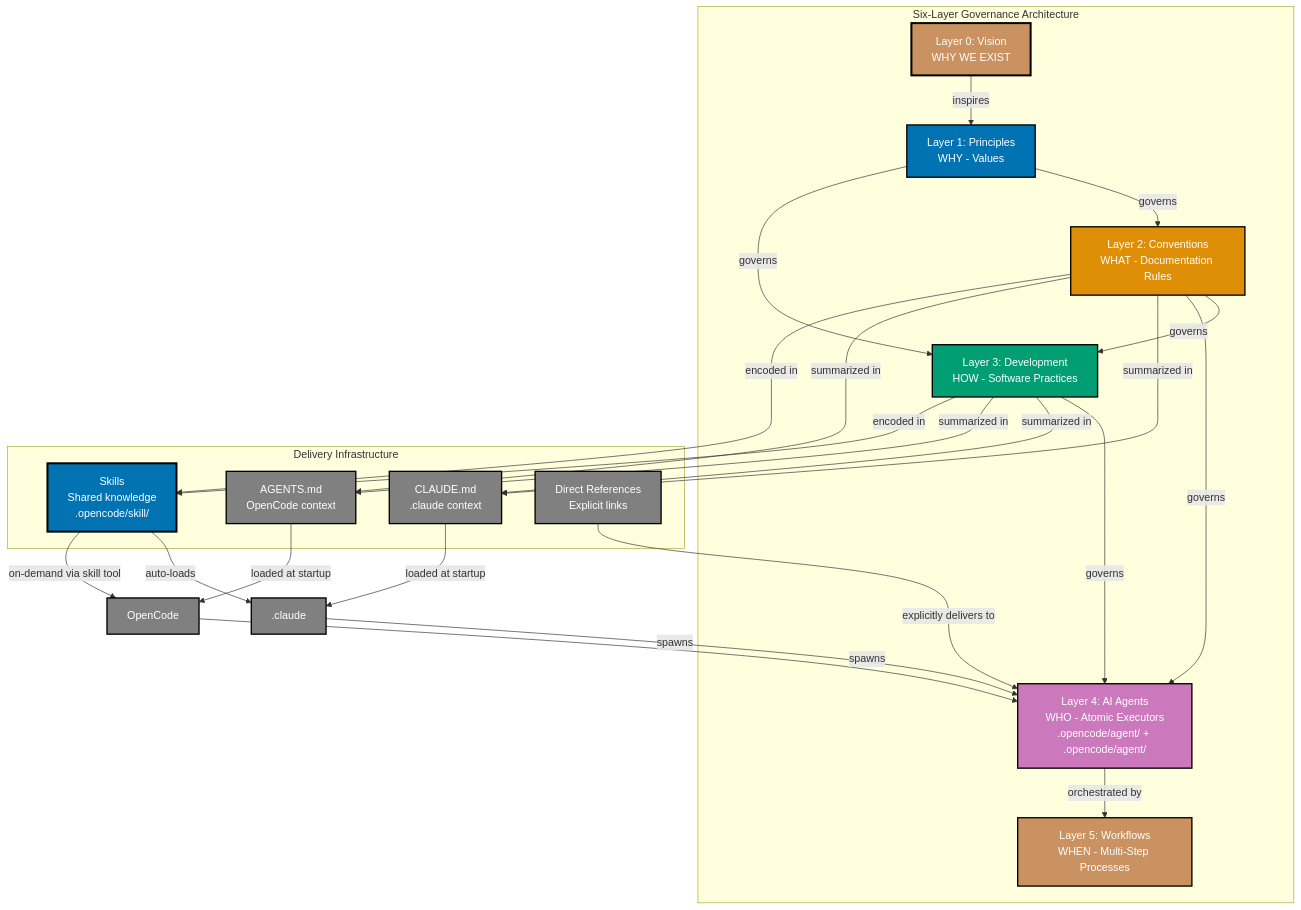
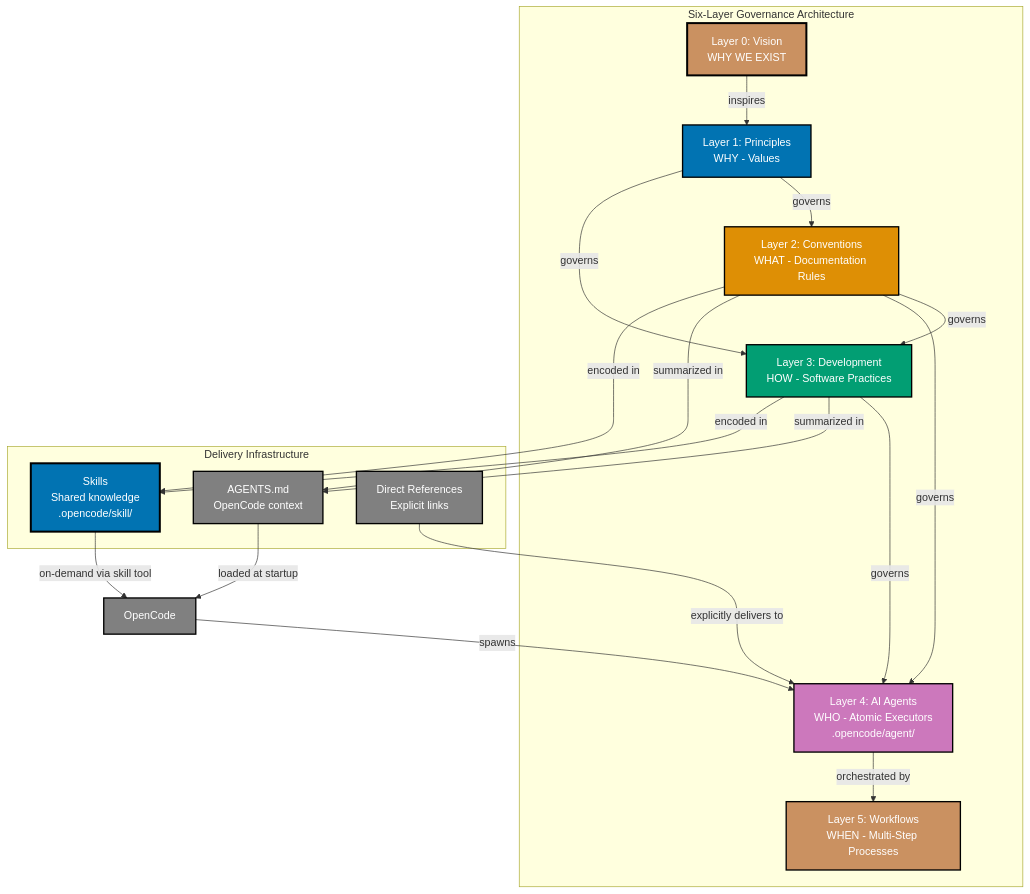
Before and after one commit to wahidyankf/open-sharia-enterprise: the diagram in governance/repository-governance-architecture.md, drawn with Mermaid. The commit also changed other lines of this file, not shown here.

First line of the commit message:
docs(governance): remove all Claude Code references from architecture doc

````diff
--- a/governance/repository-governance-architecture.md
+++ b/governance/repository-governance-architecture.md
@@ -32,54 +32,46 @@
 ```mermaid
 %% Color Palette: Blue #0173B2, Orange #DE8F05, Teaee#029E73, Purple #CC78BC, Brown #CA9161, Gray #808080
 graph TD
     subgraph Governance["Six-Layer Governance Architecture"]
         L0[Layer 0: Vision<br/>WHY WE EXIST]
         L1[Layer 1: Principles<br/>WHY - Values]
         L2[Layer 2: Conventions<br/>WHAT - Documentation Rules]
         L3[Layer 3: Development<br/>HOW - Software Practices]
-        L4[Layer 4: AI Agents<br/>WHO - Atomic Executors<br/>.opencode/agent/ + .opencode/agent/]
+        L4[Layer 4: AI Agents<br/>WHO - Atomic Executors<br/>.opencode/agent/]
         L5[Layer 5: Workflows<br/>WHEN - Multi-Step Processes]
     end
 
     subgraph Delivery["Delivery Infrastructure"]
-        CM[CLAUDE.md<br/>.claude context]
         AM[AGENTS.md<br/>OpenCode context]
         SK[Skills<br/>Shared knowledge<br/>.opencode/skill/]
         DR[Direct References<br/>Explicit links]
     end
 
     L0 -->|inspires| L1
     L1 -->|governs| L2
     L1 -->|governs| L3
     L2 -->|governs| L3
     L2 -->|governs| L4
     L3 -->|governs| L4
     L4 -->|orchestrated by| L5
 
-    L2 -->|summarized in| CM
     L2 -->|summarized in| AM
     L2 -->|encoded in| SK
-    L3 -->|summarized in| CM
     L3 -->|summarized in| AM
     L3 -->|encoded in| SK
-    CM -->|loaded at startup| OCC[.claude]
     AM -->|loaded at startup| OOC[OpenCode]
-    OCC -->|spawns| L4
     OOC -->|spawns| L4
-    SK -->|auto-loads| OCC
     SK -->|on-demand via skill tool| OOC
     DR -->|explicitly delivers to| L4
 
     style L0 fill:#CA9161,stroke:#000000,color:#FFFFFF,stroke-width:3px
     style L1 fill:#0173B2,stroke:#000000,color:#FFFFFF,stroke-width:2px
     style L2 fill:#DE8F05,stroke:#000000,color:#FFFFFF,stroke-width:2px
     style L3 fill:#029E73,stroke:#000000,color:#FFFFFF,stroke-width:2px
     style L4 fill:#CC78BC,stroke:#000000,color:#FFFFFF,stroke-width:2px
     style L5 fill:#CA9161,stroke:#000000,color:#FFFFFF,stroke-width:2px
-    style OCC fill:#808080,stroke:#000000,color:#FFFFFF,stroke-width:2px
     style OOC fill:#808080,stroke:#000000,color:#FFFFFF,stroke-width:2px
-    style CM fill:#808080,stroke:#000000,color:#FFFFFF,stroke-width:2px
     style AM fill:#808080,stroke:#000000,color:#FFFFFF,stroke-width:2px
     style SK fill:#0173B2,stroke:#000000,color:#FFFFFF,stroke-width:3px
     style DR fill:#808080,stroke:#000000,color:#FFFFFF,stroke-width:2px
 ```
````
